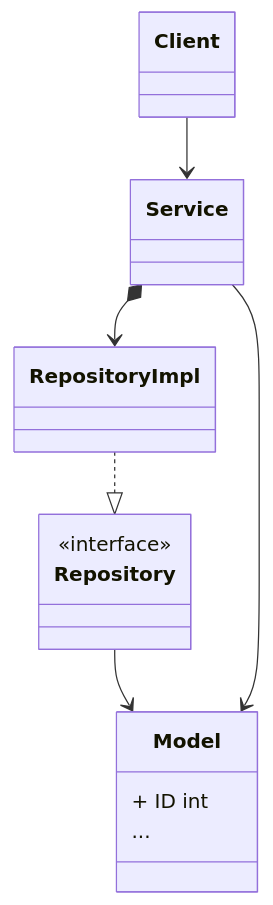
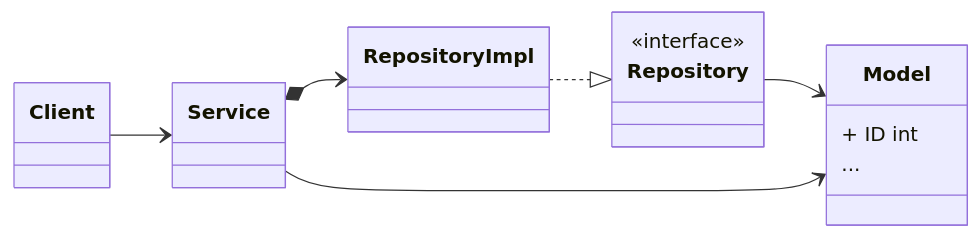
The diagram in docs/Repository-Pattern.md (DragoHex/expense-tracker), drawn with Mermaid before and after one commit. The commit also changed 3 other files, not shown here.

````diff
--- a/docs/Repository-Pattern.md
+++ b/docs/Repository-Pattern.md
@@ -9,15 +9,16 @@
 ```mermaid
 classDiagram
+direction LR
 	Repository --> Model
 	Service --> Model
 	RepositoryImpl ..|> Repository
 	Service *--> RepositoryImpl
 	Client --> Service
 	class Model {
 		+ ID int
 		...
 	}
 	class Repository {
 		<<interface>>
 	}
 ```
````
